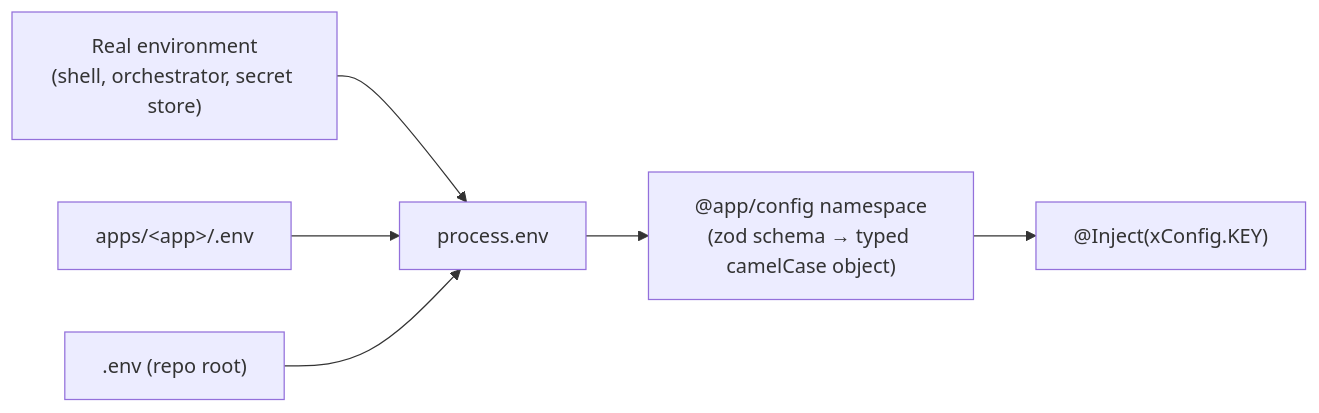
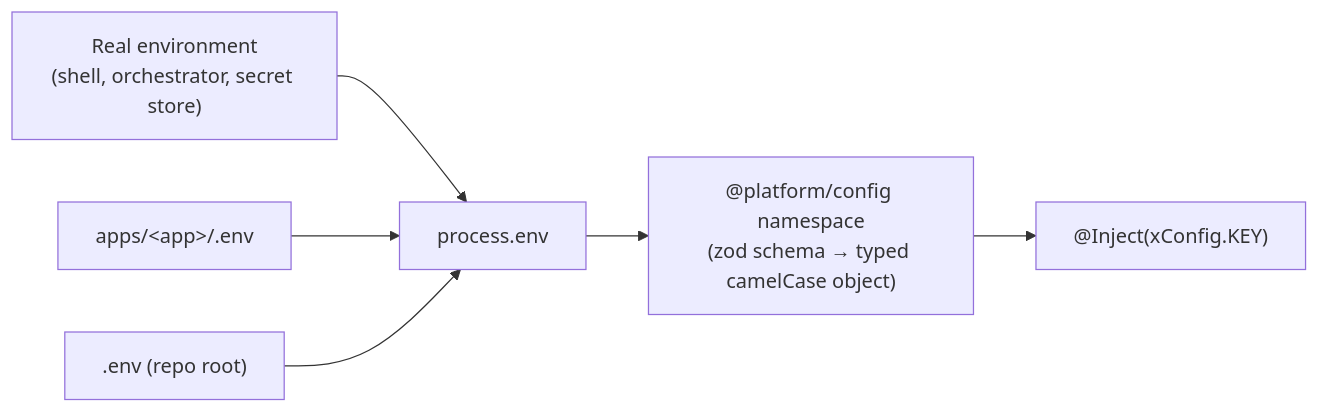
The diagram in docs/CONFIGURATION.md (alonecandies/nestjs-boilerplate), drawn with Mermaid before and after one commit. The commit also changed other lines of this file and 874 other files, not shown here.

````diff
--- a/docs/CONFIGURATION.md
+++ b/docs/CONFIGURATION.md
@@ -9,8 +9,8 @@
 ```mermaid
 flowchart LR
   shell["Real environment<br/>(shell, orchestrator, secret store)"] --> penv
   appenv["apps/&lt;app&gt;/.env"] --> penv
   rootenv[".env (repo root)"] --> penv
-  penv["process.env"] --> ns["@app/config namespace<br/>(zod schema → typed camelCase object)"]
+  penv["process.env"] --> ns["@platform/config namespace<br/>(zod schema → typed camelCase object)"]
   ns --> di["@Inject(xConfig.KEY)"]
 ```
````
